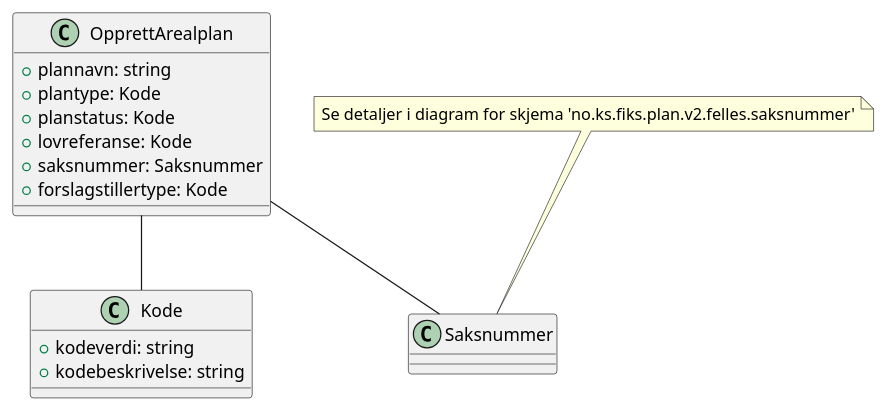
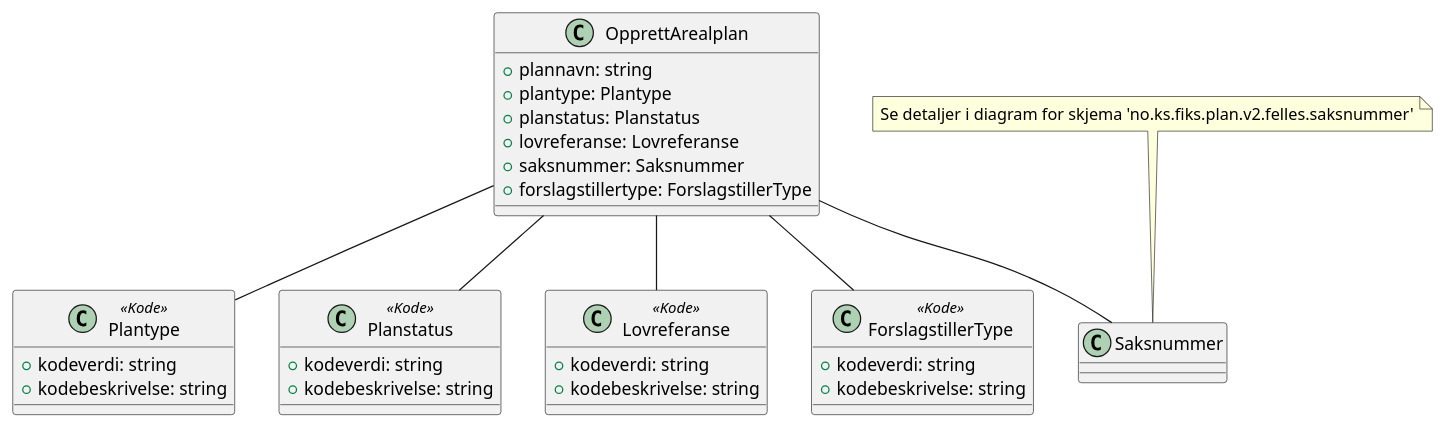
One commit to ks-no/fiks-plan-specification changed the diagram in Dokumentasjon/V2/SchemaModels/no.ks.fiks.plan.v2.oppdatering.arealplan.opprett/arealplan-opprett.pu. Above: the diagram before and after it, drawn with PlantUML. The commit also changed 25 other files, not shown here.

```diff
--- a/Dokumentasjon/V2/SchemaModels/no.ks.fiks.plan.v2.oppdatering.arealplan.opprett/arealplan-opprett.pu
+++ b/Dokumentasjon/V2/SchemaModels/no.ks.fiks.plan.v2.oppdatering.arealplan.opprett/arealplan-opprett.pu
@@ -1,22 +1,40 @@
 @startuml
 
 class OpprettArealplan {
     +plannavn: string
-    +plantype: Kode
-    +planstatus: Kode
-    +lovreferanse: Kode
+    +plantype: Plantype
+    +planstatus: Planstatus
+    +lovreferanse: Lovreferanse
     +saksnummer: Saksnummer
-    +forslagstillertype: Kode
+    +forslagstillertype: ForslagstillerType
 }
 
-class Kode {
+class Plantype <<Kode>> {
     +kodeverdi: string
     +kodebeskrivelse: string
 }
 
-OpprettArealplan -- Kode
+class Planstatus <<Kode>> {
+    +kodeverdi: string
+    +kodebeskrivelse: string
+}
+
+class Lovreferanse <<Kode>> {
+    +kodeverdi: string
+    +kodebeskrivelse: string
+}
+
+class ForslagstillerType <<Kode>>{
+    +kodeverdi: string
+    +kodebeskrivelse: string
+}
+
+OpprettArealplan -- Plantype
+OpprettArealplan -- Planstatus
+OpprettArealplan -- Lovreferanse
+OpprettArealplan -- ForslagstillerType
 OpprettArealplan -- Saksnummer
 
 note top of Saksnummer : Se detaljer i diagram for skjema 'no.ks.fiks.plan.v2.felles.saksnummer'
 
 @enduml
```
